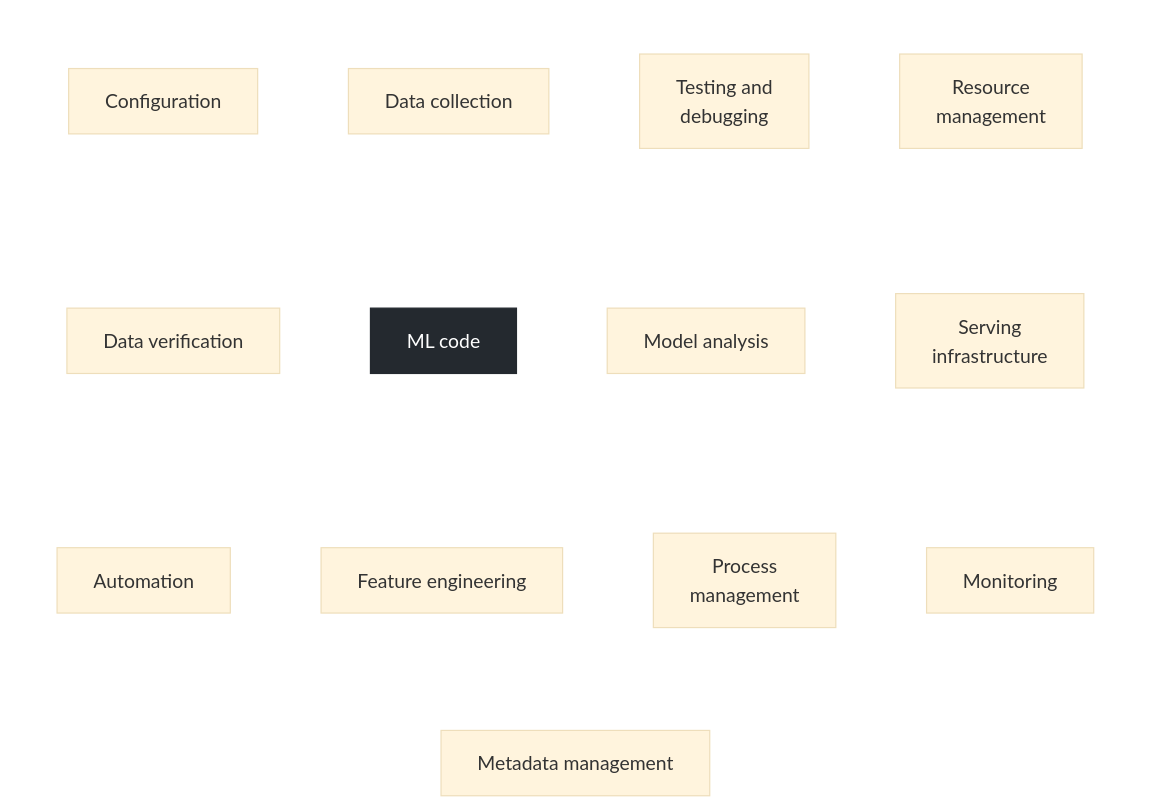
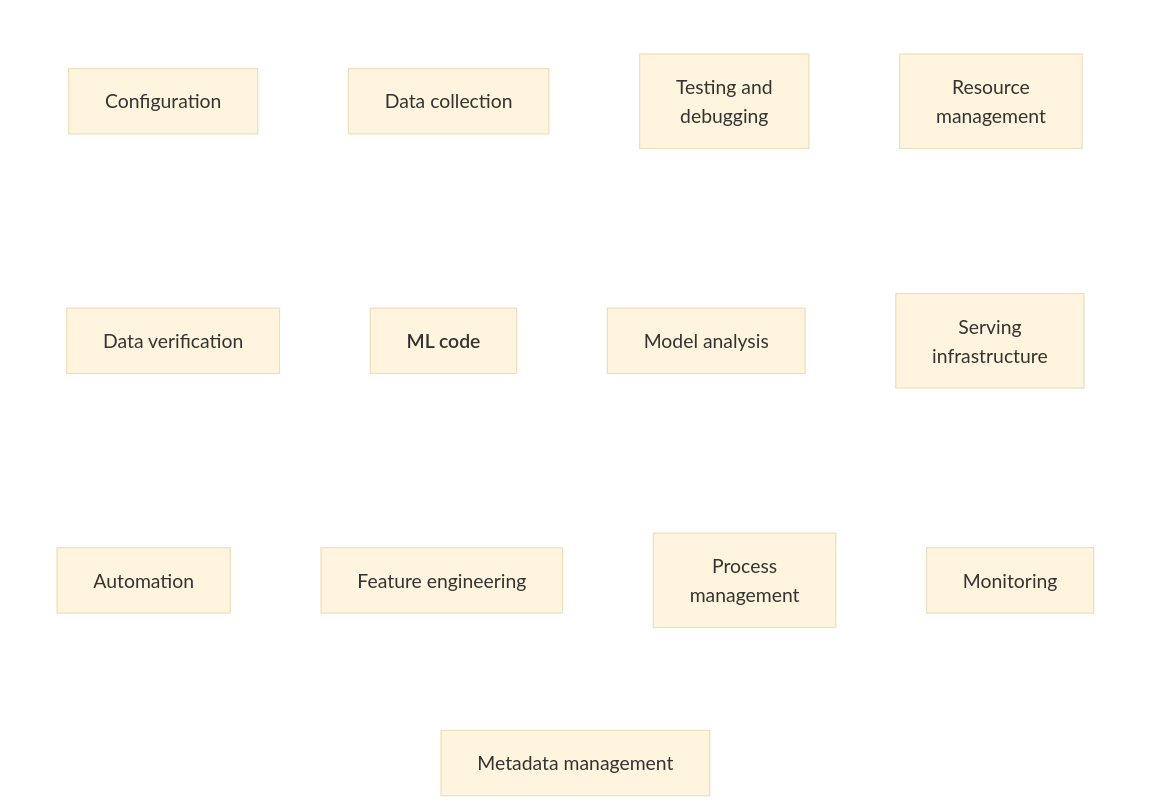
Before and after one commit to 0trm/mlkb: the fifth of 5 diagrams in docs/overview/introduction.md, drawn with Mermaid (base theme). The commit also changed 2 other files, not shown here.

Commit message:
Restyle the diagrams as outlined boxes with straight edges in both light and dark mode

````diff
--- a/docs/overview/introduction.md
+++ b/docs/overview/introduction.md
@@ -130,22 +130,22 @@
 ```mermaid
 flowchart TB
   subgraph r1[" "]
     direction LR
     A[Configuration] ~~~ B[Data collection] ~~~ C[Testing and<br>debugging] ~~~ D[Resource<br>management]
   end
   subgraph r2[" "]
     direction LR
     E[Data verification] ~~~ F[ML code] ~~~ G[Model analysis] ~~~ H[Serving<br>infrastructure]
   end
   subgraph r3[" "]
     direction LR
     I[Automation] ~~~ J[Feature engineering] ~~~ K[Process<br>management] ~~~ L[Monitoring]
   end
   M[Metadata management]
   r1 ~~~ r2 ~~~ r3 ~~~ M
-  classDef hl fill:#24292f,color:#ffffff,stroke:#24292f
-  class F hl
+  classDef solid font-weight:600
+  class F solid
   style r1 fill:none,stroke:none
   style r2 fill:none,stroke:none
   style r3 fill:none,stroke:none
 ```
````
